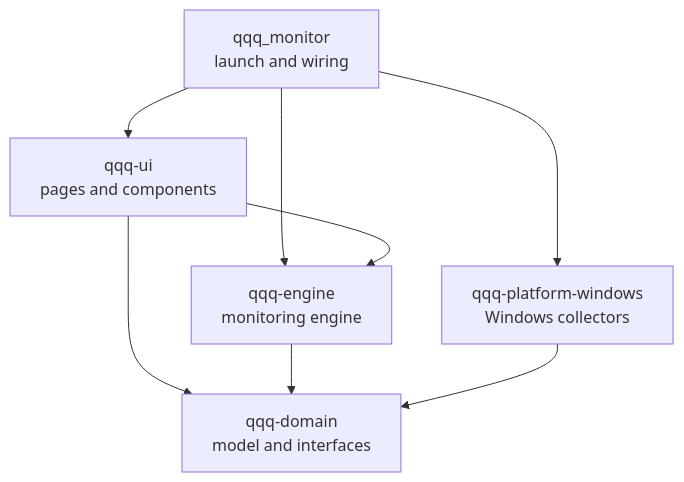
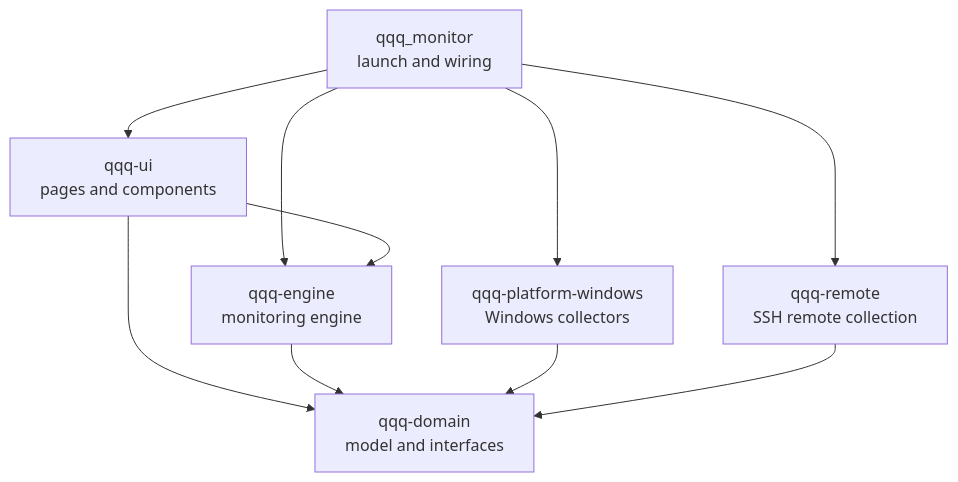
The first of 2 diagrams in README.md (lengyc-Code/qqq_monitor), drawn with Mermaid before and after one commit. The commit also changed other lines of this file and 43 other files, not shown here.

````diff
--- a/README.md
+++ b/README.md
@@ -165,10 +178,12 @@
 ```mermaid
 flowchart TD
     BOOT[qqq_monitor<br>launch and wiring] --> UI[qqq-ui<br>pages and components]
     BOOT --> ENGINE[qqq-engine<br>monitoring engine]
     BOOT --> WIN[qqq-platform-windows<br>Windows collectors]
+    BOOT --> REMOTE[qqq-remote<br>SSH remote collection]
     UI --> ENGINE
     UI --> DOMAIN[qqq-domain<br>model and interfaces]
     ENGINE --> DOMAIN
     WIN --> DOMAIN
+    REMOTE --> DOMAIN
 ```
````
